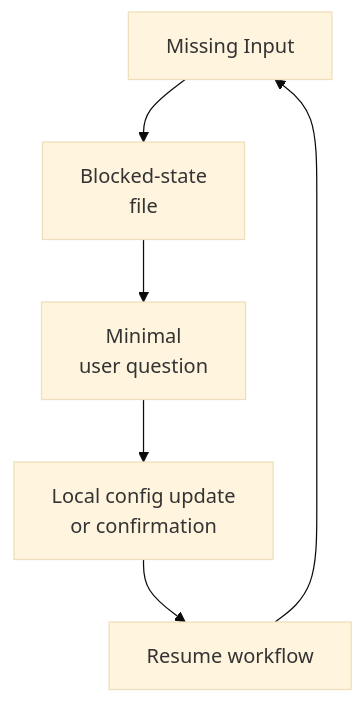
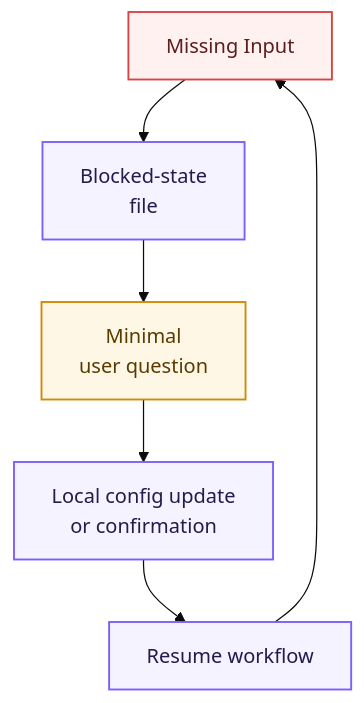
One commit to Qin-BL/quality-platform changed the fifth of 6 diagrams in docs/qa/architecture.md. Above: the diagram before and after it, drawn with Mermaid (base theme). The commit also changed other lines of this file and 2 other files, not shown here.

Commit message:
Style Mermaid diagrams for readability

```diff
--- a/docs/qa/architecture.md
+++ b/docs/qa/architecture.md
@@ -165,8 +205,14 @@
 ::: mermaid
 graph TD
     X["Missing Input"] --> Y["Blocked-state<br/>file"]
     Y --> Z["Minimal<br/>user question"]
     Z --> W["Local config update<br/>or confirmation"]
     W --> V["Resume workflow"]
     V --> X
+    classDef issue fill:#fff1f0,stroke:#d64545,color:#5c1d1d,stroke-width:1.5px;
+    classDef action fill:#f5f3ff,stroke:#7c5cff,color:#221b4b,stroke-width:1.5px;
+    classDef review fill:#fff7e6,stroke:#d48806,color:#5b3a00,stroke-width:1.5px;
+    class X issue;
+    class Y,W,V action;
+    class Z review;
 :::
```
